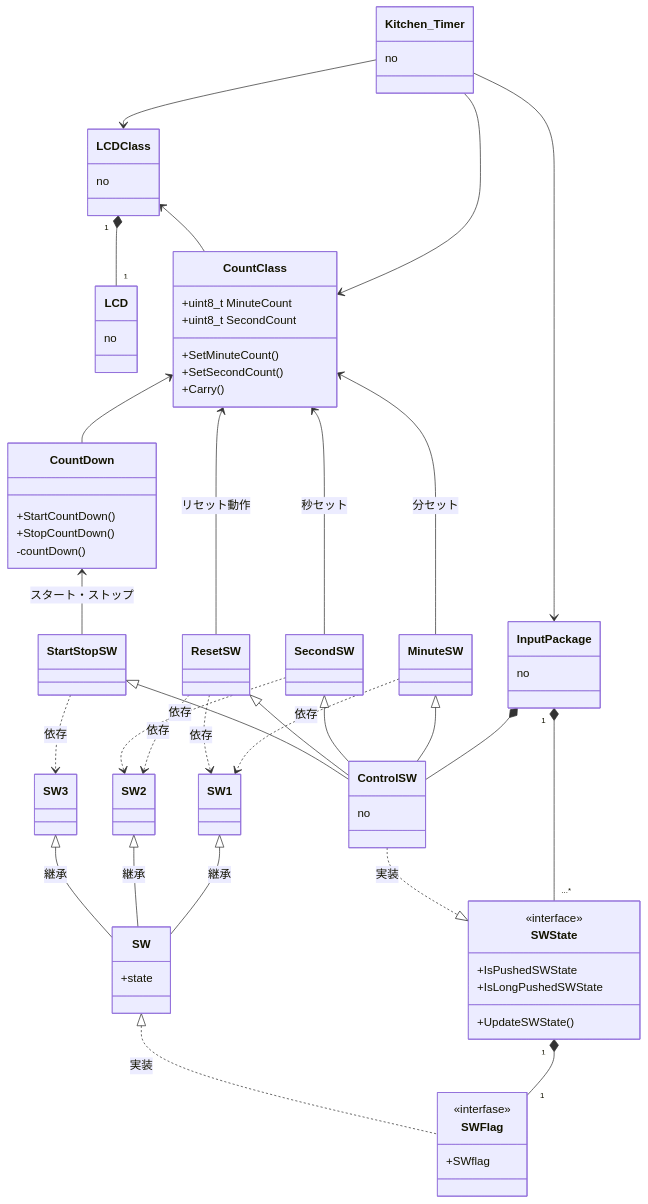
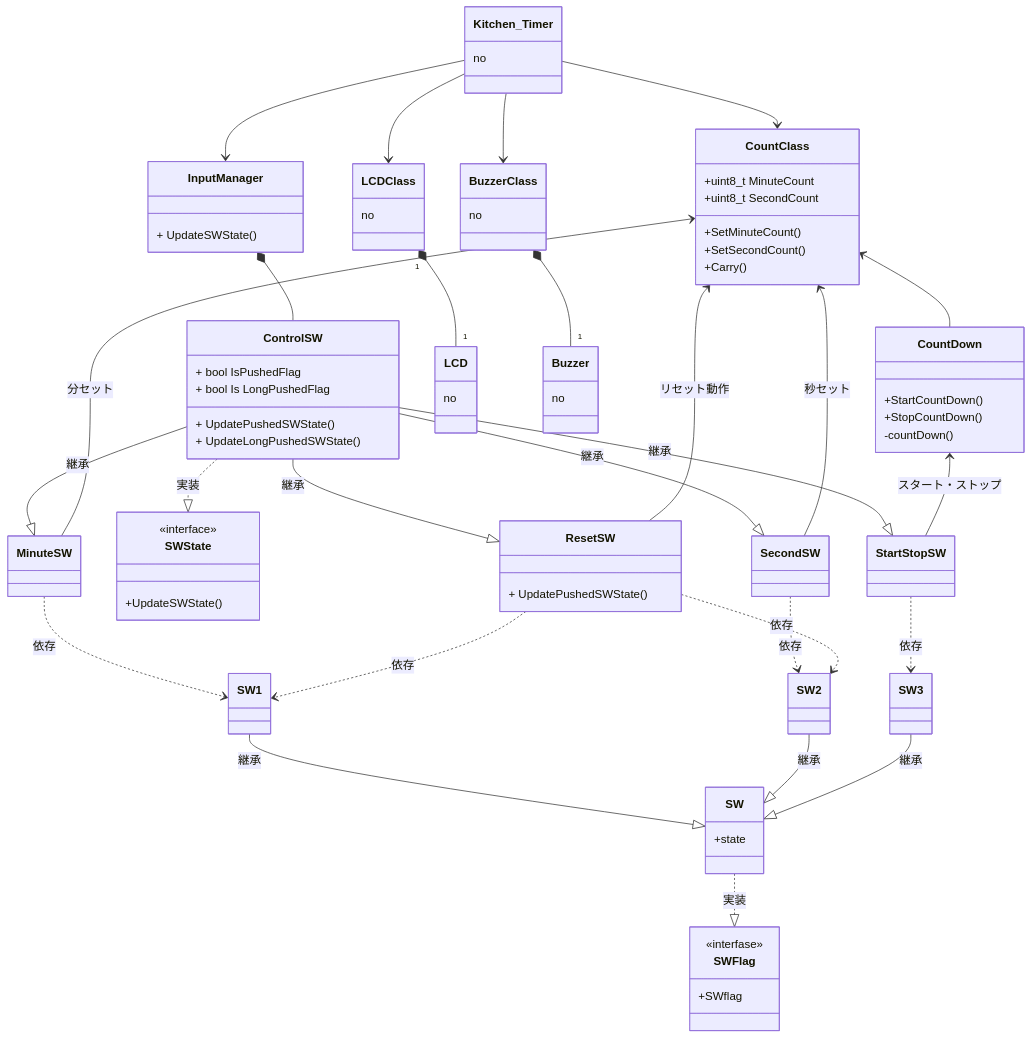
The diagram in 資料/設計/クラス図_mermaid.md (hakohumi/comp.Kitchen_Timer), drawn with Mermaid before and after one commit. The commit also changed 11 other files, not shown here.

````diff
--- a/資料/設計/クラス図_mermaid.md
+++ b/資料/設計/クラス図_mermaid.md
@@ -9,18 +9,21 @@
 }
 
 
-class InputPackage{
-    no
+class InputManager{
+    + UpdateSWState()
 }
 class ControlSW{
-    no
+    + bool IsPushedFlag
+    + bool Is LongPushedFlag
+
+    + UpdatePushedSWState()
+    + UpdateLongPushedSWState()
 }
-class LCDClass{
-    no
+
+class ResetSW{
+    + UpdatePushedSWState()
 }
-class LCD{
-    no
-}
+
 
 class CountClass{
     +uint8_t MinuteCount
@@ -40,8 +43,6 @@
 
 class SWState{
     <<interface>>
-    +IsPushedSWState
-    +IsLongPushedSWState
 
     +UpdateSWState()
 }
@@ -51,57 +52,75 @@
     +SWflag
 }
 
-
-Kitchen_Timer --> InputPackage
-Kitchen_Timer --> CountClass
-
-
-
-InputPackage "1" *-- "...*"SWState
-InputPackage *-- ControlSW
-
-ControlSW ..|> SWState : 実装
-
-
 class SW{
     +state
 }
 
+class LCDClass{
+    no
+}
+class LCD{
+    no
+}
+
+class BuzzerClass{
+    no
+}
+
+class Buzzer{
+    no
+}
 
 
-SW1 <|-- SW : 継承
-SW2 <|-- SW : 継承
-SW3 <|-- SW : 継承
+Kitchen_Timer --> InputManager
+InputManager *-- ControlSW
+
+
+
+ControlSW --|> MinuteSW : 継承
+ControlSW --|> SecondSW : 継承
+ControlSW --|> ResetSW : 継承
+ControlSW --|> StartStopSW : 継承
+
+ControlSW ..|> SWState : 実装
 
 MinuteSW ..> SW1 : 依存
+SecondSW ..> SW2 : 依存
 ResetSW ..> SW1 : 依存
 ResetSW ..> SW2 : 依存
-SecondSW ..> SW2 : 依存
 StartStopSW ..> SW3 : 依存
 
-MinuteSW <|-- ControlSW
-SecondSW <|-- ControlSW
-ResetSW <|-- ControlSW
-StartStopSW <|-- ControlSW
+SW ..|> SWFlag : 実装
 
+SW1 --|> SW : 継承
+SW2 --|> SW : 継承
+SW3 --|> SW : 継承
+
+%%MinuteSW --|> ControlSW : 継承
+%%SecondSW --|> ControlSW : 継承
+%%ResetSW --|> ControlSW : 継承
+%%StartStopSW --|> ControlSW : 継承
+
+
+
+Kitchen_Timer --> CountClass
+
+CountClass <-- CountDown
 CountClass <-- MinuteSW : 分セット
 CountClass <-- SecondSW : 秒セット
 CountClass <-- ResetSW : リセット動作
-
-CountClass <-- CountDown
 
 CountDown <-- StartStopSW : スタート・ストップ
 
 
 
+Kitchen_Timer --> LCDClass
 
-SWState "1" *-- "1" SWFlag
-SW <|.. SWFlag : 実装
-
-Kitchen_Timer --> LCDClass
 LCDClass "1" *-- "1" LCD
 
-LCDClass <-- CountClass
+
+Kitchen_Timer --> BuzzerClass
+BuzzerClass *-- "1" Buzzer
 
 
 ```
````
